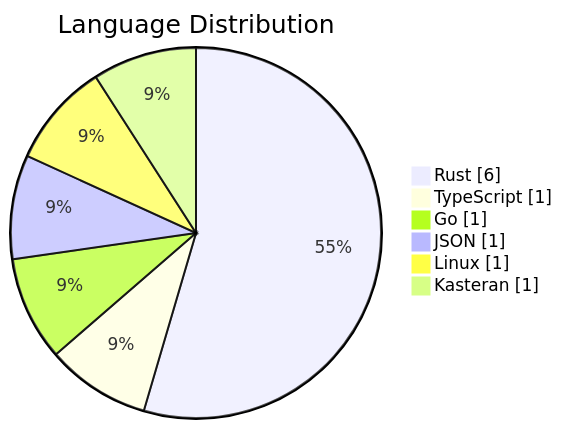
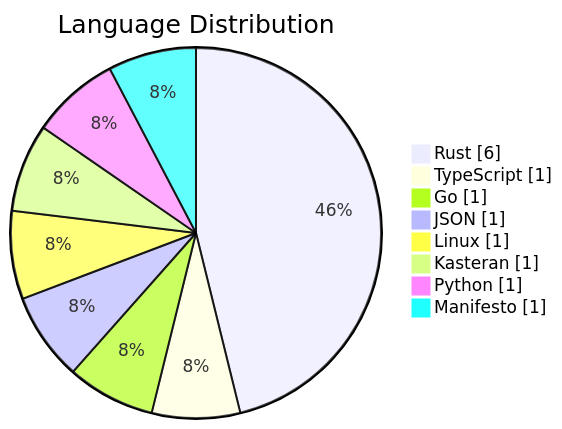
The second of 4 diagrams in wiki-content/Projects.md (kleinnner/Anticloud), drawn with Mermaid before and after one commit. The commit also changed other lines of this file and 10 other files, not shown here.

````diff
--- a/wiki-content/Projects.md
+++ b/wiki-content/Projects.md
@@ -44,10 +48,12 @@
 ```mermaid
 pie showData
     title Language Distribution
     "Rust" : 6
     "TypeScript" : 1
     "Go" : 1
     "JSON" : 1
     "Linux" : 1
     "Kasteran" : 1
+    "Python" : 1
+    "Manifesto" : 1
 ```
````
